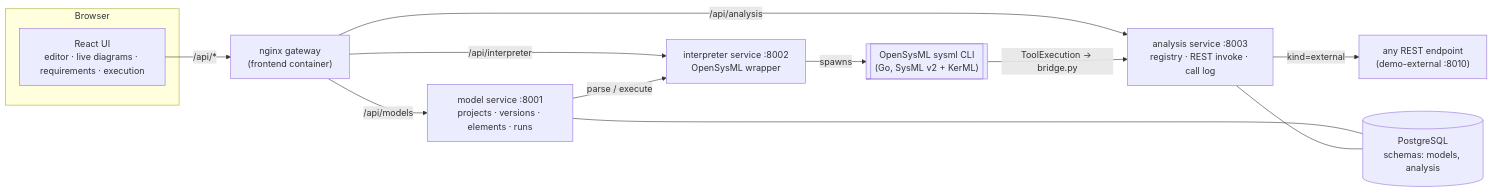
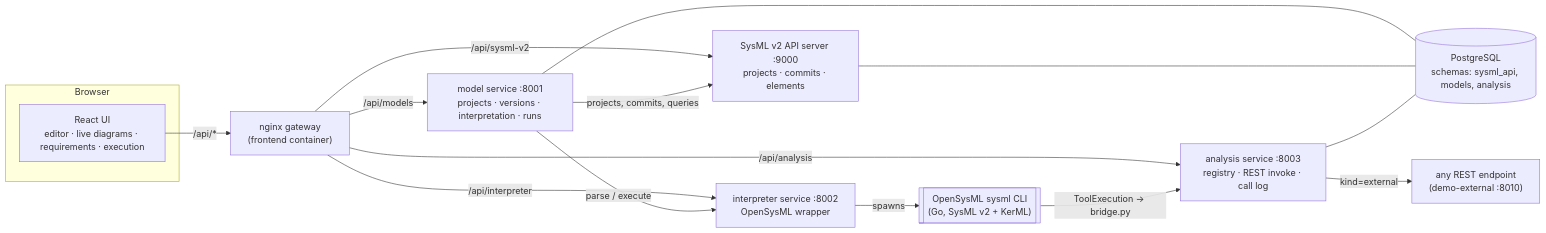
The diagram in README.md (jaydeanmartin/sysml), drawn with Mermaid before and after one commit. The commit also changed other lines of this file and 16 other files, not shown here.

Commit message:
Add Pilot API Server

````diff
--- a/README.md
+++ b/README.md
@@ -5,16 +5,19 @@
 ```mermaid
 flowchart LR
   subgraph Browser
     UI["React UI<br/>editor · live diagrams · requirements · execution"]
   end
   UI -->|/api/*| GW["nginx gateway<br/>(frontend container)"]
-  GW -->|/api/models| MS["model service :8001<br/>projects · versions · elements · runs"]
+  GW -->|/api/models| MS["model service :8001<br/>projects · versions · interpretation · runs"]
+  GW -->|/api/sysml-v2| API["SysML v2 API server :9000<br/>projects · commits · elements"]
+  MS -->|projects, commits, queries| API
   GW -->|/api/analysis| AS["analysis service :8003<br/>registry · REST invoke · call log"]
   GW -->|/api/interpreter| IS["interpreter service :8002<br/>OpenSysML wrapper"]
   MS -->|parse / execute| IS
   IS -->|spawns| OS[["OpenSysML sysml CLI<br/>(Go, SysML v2 + KerML)"]]
   OS -->|ToolExecution → bridge.py| AS
   AS -->|kind=external| EXT["any REST endpoint<br/>(demo-external :8010)"]
-  MS --- PG[(PostgreSQL<br/>schemas: models, analysis)]
+  MS --- PG[(PostgreSQL<br/>schemas: sysml_api, models, analysis)]
+  API --- PG
   AS --- PG
 ```
````
